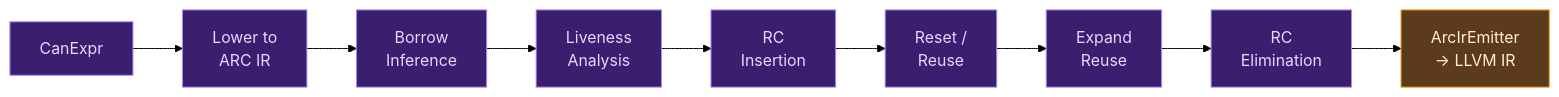
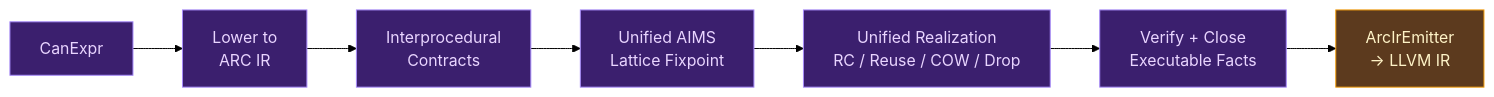
The second of 3 diagrams in docs/compiler/design/10-llvm-backend/index.md (upstat-io/ori-lang), drawn with Mermaid (forest theme) before and after one commit. The commit also changed other lines of this file and 686 other files, not shown here.

````diff
--- a/docs/compiler/design/10-llvm-backend/index.md
+++ b/docs/compiler/design/10-llvm-backend/index.md
@@ -225,32 +249,26 @@
 ```mermaid
 flowchart LR
     Can["CanExpr"] --> Lower["Lower to
     ARC IR"]
-    Lower --> Borrow["Borrow
-    Inference"]
-    Borrow --> Live["Liveness
-    Analysis"]
-    Live --> RC["RC
-    Insertion"]
-    RC --> Reset["Reset /
-    Reuse"]
-    Reset --> Expand["Expand
-    Reuse"]
-    Expand --> Elim["RC
-    Elimination"]
-    Elim --> Emit["ArcIrEmitter
+    Lower --> Contracts["Interprocedural
+    Contracts"]
+    Contracts --> Analyze["Unified AIMS
+    Lattice Fixpoint"]
+    Analyze --> Realize["Unified Realization
+    RC / Reuse / COW / Drop"]
+    Realize --> Verify["Verify + Close
+    Executable Facts"]
+    Verify --> Emit["ArcIrEmitter
     → LLVM IR"]
 
     classDef canon fill:#3b1f6e,stroke:#a78bfa,color:#e9d5ff
     classDef native fill:#5c3a1e,stroke:#f59e0b,color:#fef3c7
 
     class Can canon
     class Lower canon
-    class Borrow canon
-    class Live canon
-    class RC canon
-    class Reset canon
-    class Expand canon
-    class Elim canon
+    class Contracts canon
+    class Analyze canon
+    class Realize canon
+    class Verify canon
     class Emit native
 ```
````
